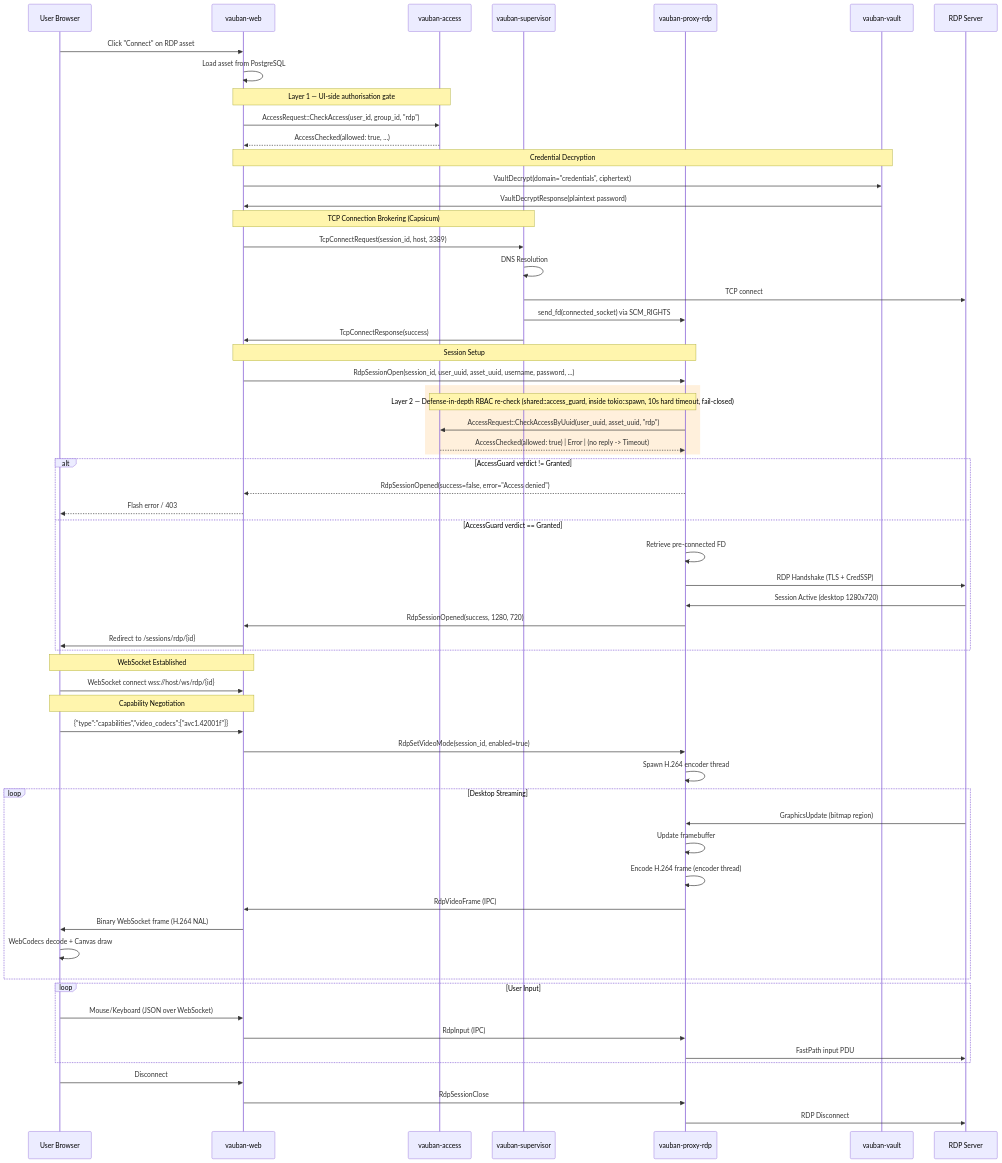
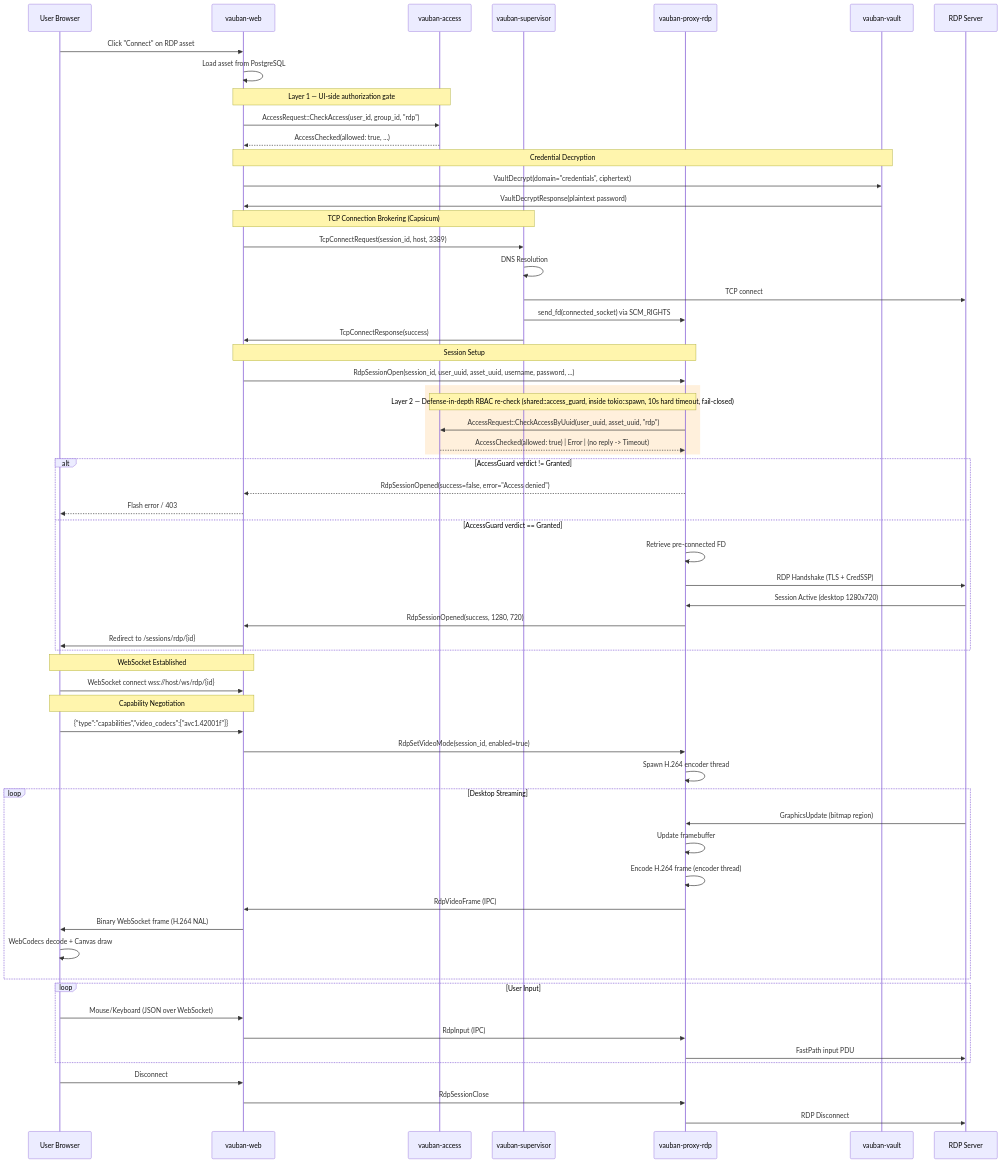
Before and after one commit to rbenaley/Vauban: the fourth of 14 diagrams in docs/technical/Vauban_RDP_Architecture_EN(1.0).md, drawn with Mermaid. The commit also changed other lines of this file and 4 other files, not shown here.

````diff
--- a/docs/technical/Vauban_RDP_Architecture_EN(1.0).md
+++ b/docs/technical/Vauban_RDP_Architecture_EN(1.0).md
@@ -218,75 +218,75 @@
 ```mermaid
 sequenceDiagram
     participant U as User Browser
     participant W as vauban-web
     participant AC as vauban-access
     participant S as vauban-supervisor
     participant P as vauban-proxy-rdp
     participant V as vauban-vault
     participant T as RDP Server
 
     U->>W: Click "Connect" on RDP asset
     W->>W: Load asset from PostgreSQL
 
-    Note over W,AC: Layer 1 — UI-side authorisation gate
+    Note over W,AC: Layer 1 — UI-side authorization gate
     W->>AC: AccessRequest::CheckAccess(user_id, group_id, "rdp")
     AC-->>W: AccessChecked(allowed: true, ...)
 
     Note over W,V: Credential Decryption
     W->>V: VaultDecrypt(domain="credentials", ciphertext)
     V->>W: VaultDecryptResponse(plaintext password)
 
     Note over W,S: TCP Connection Brokering (Capsicum)
     W->>S: TcpConnectRequest(session_id, host, 3389)
     S->>S: DNS Resolution
     S->>T: TCP connect
     S->>P: send_fd(connected_socket) via SCM_RIGHTS
     S->>W: TcpConnectResponse(success)
 
     Note over W,P: Session Setup
     W->>P: RdpSessionOpen(session_id, user_uuid, asset_uuid, username, password, ...)
 
     rect rgb(255, 240, 220)
     Note over P,AC: Layer 2 — Defense-in-depth RBAC re-check (shared::access_guard, inside tokio::spawn, 10s hard timeout, fail-closed)
     P->>AC: AccessRequest::CheckAccessByUuid(user_uuid, asset_uuid, "rdp")
     AC-->>P: AccessChecked(allowed: true) | Error | (no reply -> Timeout)
     end
 
     alt AccessGuard verdict != Granted
         P-->>W: RdpSessionOpened(success=false, error="Access denied")
         W-->>U: Flash error / 403
     else AccessGuard verdict == Granted
         P->>P: Retrieve pre-connected FD
         P->>T: RDP Handshake (TLS + CredSSP)
         T->>P: Session Active (desktop 1280x720)
         P->>W: RdpSessionOpened(success, 1280, 720)
         W->>U: Redirect to /sessions/rdp/{id}
     end
 
     Note over U,W: WebSocket Established
     U->>W: WebSocket connect wss://host/ws/rdp/{id}
 
     Note over U,W: Capability Negotiation
     U->>W: {"type":"capabilities","video_codecs":["avc1.42001f"]}
     W->>P: RdpSetVideoMode(session_id, enabled=true)
     P->>P: Spawn H.264 encoder thread
 
     loop Desktop Streaming
         T->>P: GraphicsUpdate (bitmap region)
         P->>P: Update framebuffer
         P->>P: Encode H.264 frame (encoder thread)
         P->>W: RdpVideoFrame (IPC)
         W->>U: Binary WebSocket frame (H.264 NAL)
         U->>U: WebCodecs decode + Canvas draw
     end
 
     loop User Input
         U->>W: Mouse/Keyboard (JSON over WebSocket)
         W->>P: RdpInput (IPC)
         P->>T: FastPath input PDU
     end
 
     U->>W: Disconnect
     W->>P: RdpSessionClose
     P->>T: RDP Disconnect
 ```
````
